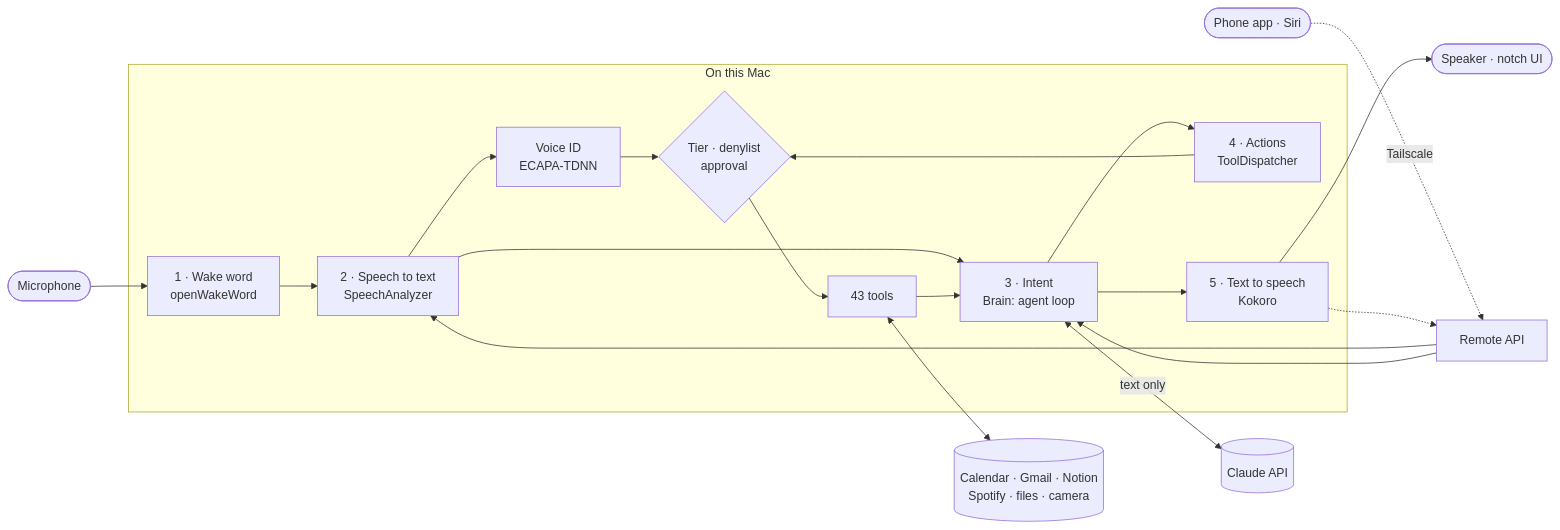
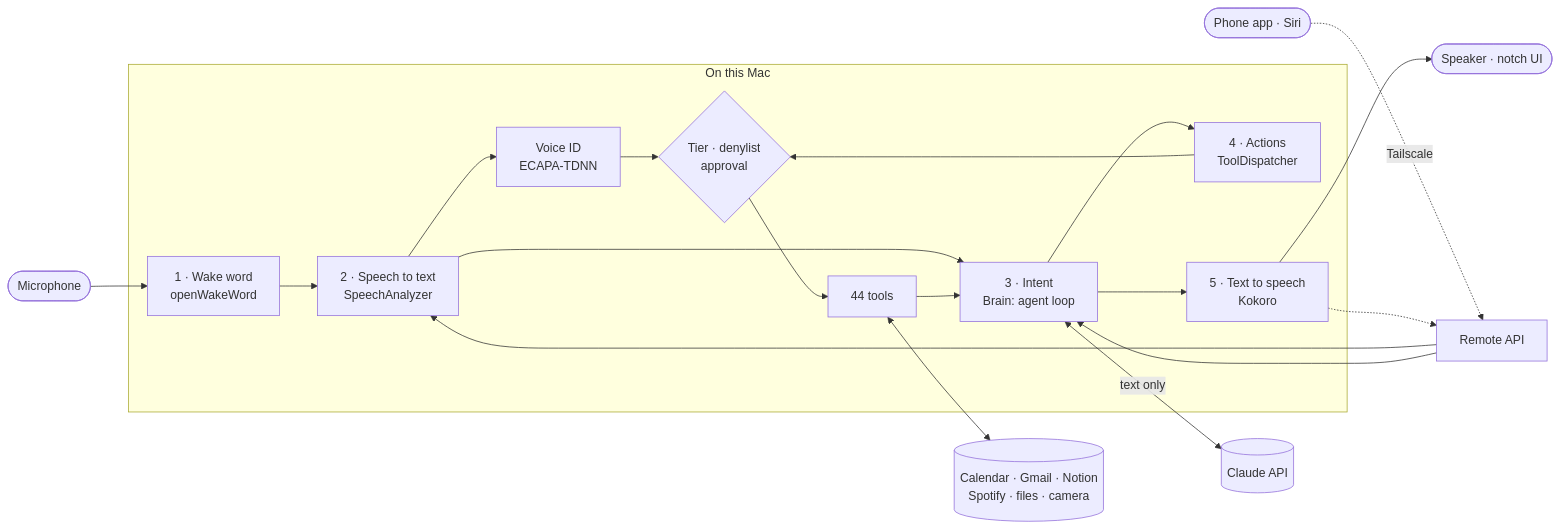
Before and after one commit to samarthpaliwal/Jarvis: the diagram in README.md, drawn with Mermaid. The commit also changed other lines of this file and 7 other files, not shown here.

````diff
--- a/README.md
+++ b/README.md
@@ -37,24 +37,24 @@
 ```mermaid
 flowchart LR
     mic(["Microphone"]) --> wake
     phone(["Phone app · Siri"]) -. Tailscale .-> api["Remote API"]
     api --> stt
     api --> intent
 
     subgraph mac ["On this Mac"]
         wake["1 · Wake word<br/>openWakeWord"] --> stt["2 · Speech to text<br/>SpeechAnalyzer"]
         stt --> voiceid["Voice ID<br/>ECAPA-TDNN"]
         stt --> intent["3 · Intent<br/>Brain: agent loop"]
         intent --> actions["4 · Actions<br/>ToolDispatcher"]
         actions --> guard{"Tier · denylist<br/>approval"}
         voiceid --> guard
-        guard --> tools["43 tools"]
+        guard --> tools["44 tools"]
         tools --> intent
         intent --> tts["5 · Text to speech<br/>Kokoro"]
     end
 
     intent <-->|"text only"| claude[("Claude API")]
     tools <--> services[("Calendar · Gmail · Notion<br/>Spotify · files · camera")]
     tts --> speaker(["Speaker · notch UI"])
     tts -.-> api
 ```
````
